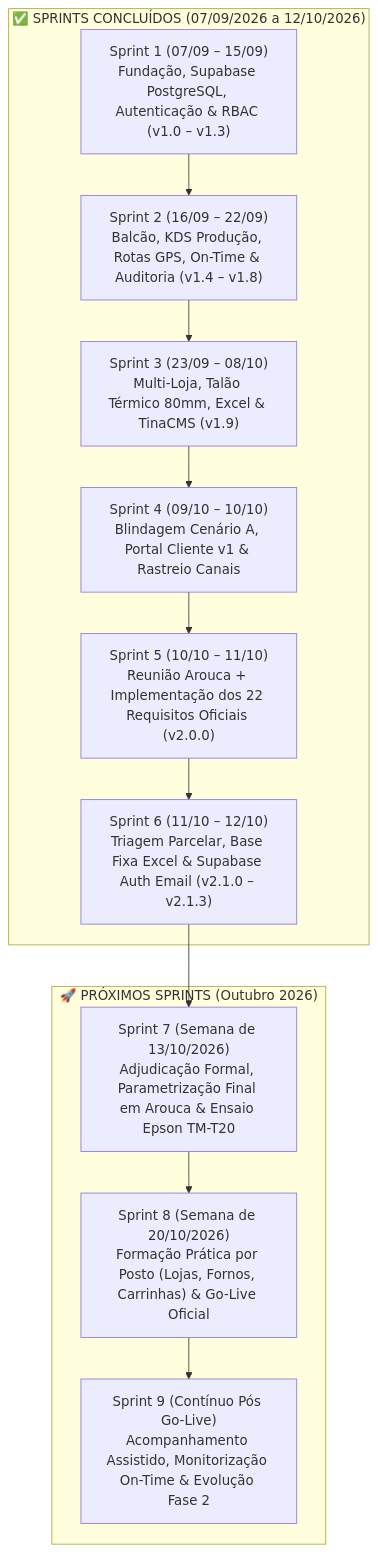
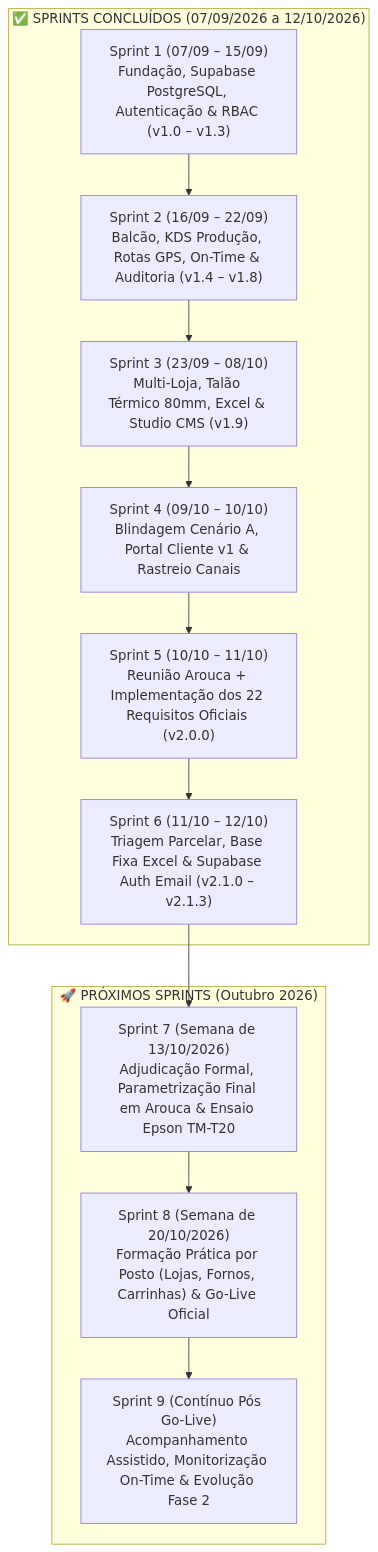
Before and after one commit to lfcarreiras/App-Padaria: the diagram in docs/04_Dossier_Projeto_Cliente_Backlog_Horas_e_Oportunidades.md, drawn with Mermaid. The commit also changed other lines of this file and 25 other files, not shown here.

Commit message:
chore(v2.1.3): remove redundant tinacms external dependency and update docs/PDFs to Studio CMS Nativo (/cms)

````diff
--- a/docs/04_Dossier_Projeto_Cliente_Backlog_Horas_e_Oportunidades.md
+++ b/docs/04_Dossier_Projeto_Cliente_Backlog_Horas_e_Oportunidades.md
@@ -90,19 +90,19 @@
 ```mermaid
 flowchart TD
     subgraph Concluidos ["✅ SPRINTS CONCLUÍDOS (07/09/2026 a 12/10/2026)"]
         SP1["Sprint 1 (07/09 – 15/09)\nFundação, Supabase PostgreSQL, Autenticação & RBAC (v1.0 – v1.3)"]
         SP2["Sprint 2 (16/09 – 22/09)\nBalcão, KDS Produção, Rotas GPS, On-Time & Auditoria (v1.4 – v1.8)"]
-        SP3["Sprint 3 (23/09 – 08/10)\nMulti-Loja, Talão Térmico 80mm, Excel & TinaCMS (v1.9)"]
+        SP3["Sprint 3 (23/09 – 08/10)\nMulti-Loja, Talão Térmico 80mm, Excel & Studio CMS (v1.9)"]
         SP4["Sprint 4 (09/10 – 10/10)\nBlindagem Cenário A, Portal Cliente v1 & Rastreio Canais"]
         SP5["Sprint 5 (10/10 – 11/10)\nReunião Arouca + Implementação dos 22 Requisitos Oficiais (v2.0.0)"]
         SP6["Sprint 6 (11/10 – 12/10)\nTriagem Parcelar, Base Fixa Excel & Supabase Auth Email (v2.1.0 – v2.1.3)"]
         SP1 --> SP2 --> SP3 --> SP4 --> SP5 --> SP6
     end
 
     subgraph Seguintes ["🚀 PRÓXIMOS SPRINTS (Outubro 2026)"]
         SP7["Sprint 7 (Semana de 13/10/2026)\nAdjudicação Formal, Parametrização Final em Arouca & Ensaio Epson TM-T20"]
         SP8["Sprint 8 (Semana de 20/10/2026)\nFormação Prática por Posto (Lojas, Fornos, Carrinhas) & Go-Live Oficial"]
         SP9["Sprint 9 (Contínuo Pós Go-Live)\nAcompanhamento Assistido, Monitorização On-Time & Evolução Fase 2"]
         SP6 --> SP7 --> SP8 --> SP9
     end
 ```
````
